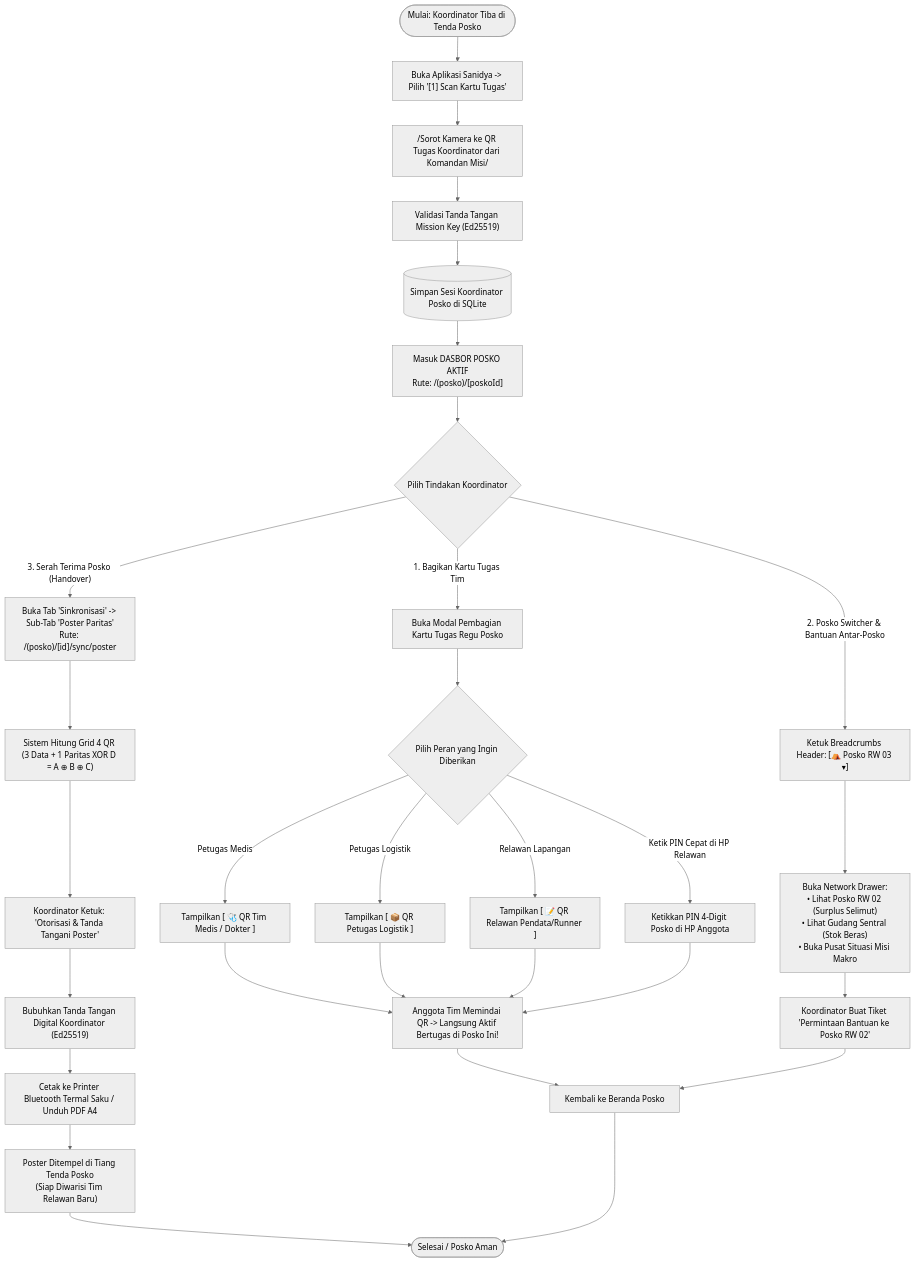
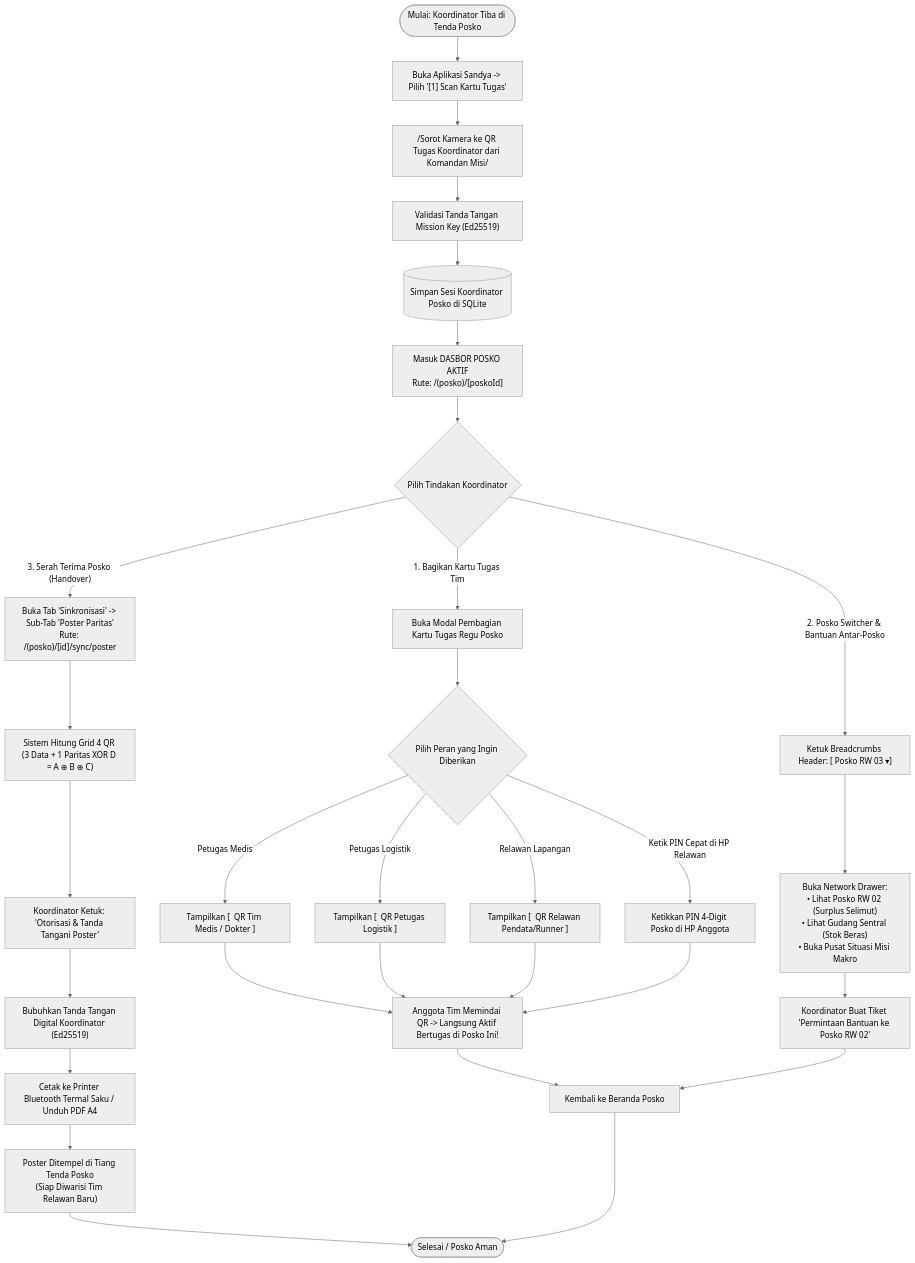
One commit to untacorp/sandya changed the second of 2 diagrams in docs/userflow/roles/03-koordinator-posko.md. Above: the diagram before and after it, drawn with Mermaid (neutral theme). The commit also changed other lines of this file and 218 other files, not shown here.

First line of the commit message:
feat: complete Sandya rebranding, local-first sqlite to cloud pipeline, zero-mock cleanup, and production metadata

````diff
--- a/docs/userflow/roles/03-koordinator-posko.md
+++ b/docs/userflow/roles/03-koordinator-posko.md
@@ -50,42 +50,42 @@
 ```mermaid
 flowchart TD
-    Start(["Mulai: Koordinator Tiba di Tenda Posko"]) --> OpenApp["Buka Aplikasi Sanidya -> Pilih '[1] Scan Kartu Tugas'"]
-    
-    OpenApp --> ScanPosLeadPass["/Sorot Kamera ke QR Tugas Koordinator dari Komandan Misi/"]
-    ScanPosLeadPass --> VerifyLeadSig["Validasi Tanda Tangan Mission Key (Ed25519)"]
-    
-    VerifyLeadSig --> SaveLeadSession[("Simpan Sesi Koordinator Posko di SQLite")]
-    SaveLeadSession --> OpenPoskoDashboard["Masuk DASBOR POSKO AKTIF<br/>Rute: /(posko)/[poskoId]"]
-    
-    %% KONSOL POSKO LAPANGAN
-    OpenPoskoDashboard --> PoskoLeadActions{"Pilih Tindakan Koordinator"}
-    
-    %% TINDAKAN A: BAGIKAN KARTU TUGAS KE TIM LAPANGAN
-    PoskoLeadActions -->|"1. Bagikan Kartu Tugas Tim"| OpenTeamModal["Buka Modal Pembagian Kartu Tugas Regu Posko"]
-    OpenTeamModal --> SelectRoleToShare{"Pilih Peran yang Ingin Diberikan"}
-    
-    SelectRoleToShare -->|Petugas Medis| ShowDoctorQR["Tampilkan [ 🩺 QR Tim Medis / Dokter ]"]
-    SelectRoleToShare -->|Petugas Logistik| ShowLogisticsQR["Tampilkan [ 📦 QR Petugas Logistik ]"]
-    SelectRoleToShare -->|Relawan Lapangan| ShowVolunteerQR["Tampilkan [ 📝 QR Relawan Pendata/Runner ]"]
-    SelectRoleToShare -->|Ketik PIN Cepat di HP Relawan| QuickPINAuth["Ketikkan PIN 4-Digit Posko di HP Anggota"]
-    
-    ShowDoctorQR & ShowLogisticsQR & ShowVolunteerQR & QuickPINAuth --> TeamScanned["Anggota Tim Memindai QR -> Langsung Aktif Bertugas di Posko Ini!"]
-    
-    %% TINDAKAN B: JELAJAH POSKO LAIN & PUSAT SITUASI MISI
-    PoskoLeadActions -->|"2. Posko Switcher & Bantuan Antar-Posko"| OpenContextSwitcher["Ketuk Breadcrumbs Header: [⛺ Posko RW 03 ▾]"]
-    OpenContextSwitcher --> ViewOtherPoskos["Buka Network Drawer:<br/>• Lihat Posko RW 02 (Surplus Selimut)<br/>• Lihat Gudang Sentral (Stok Beras)<br/>• Buka Pusat Situasi Misi Makro"]
-    ViewOtherPoskos --> RequestAidInterPosko["Koordinator Buat Tiket 'Permintaan Bantuan ke Posko RW 02'"]
-    
-    %% TINDAKAN C: SERAH TERIMA POSKO & CETAK POSTER PARITAS
-    PoskoLeadActions -->|"3. Serah Terima Posko (Handover)"| OpenSyncPoster["Buka Tab 'Sinkronisasi' -> Sub-Tab 'Poster Paritas'<br/>Rute: /(posko)/[id]/sync/poster"]
-    OpenSyncPoster --> GenerateParityGrid["Sistem Hitung Grid 4 QR (3 Data + 1 Paritas XOR D = A ⊕ B ⊕ C)"]
-    GenerateParityGrid --> SignCoordinatorAction["Koordinator Ketuk: 'Otorisasi & Tanda Tangani Poster'"]
-    SignCoordinatorAction --> SignWithLeadKey["Bubuhkan Tanda Tangan Digital Koordinator (Ed25519)"]
-    SignWithLeadKey --> PrintAction["Cetak ke Printer Bluetooth Termal Saku / Unduh PDF A4"]
-    PrintAction --> StickPosterOnTent["Poster Ditempel di Tiang Tenda Posko<br/>(Siap Diwarisi Tim Relawan Baru)"]
-    
-    TeamScanned --> ReturnToPosko["Kembali ke Beranda Posko"]
-    RequestAidInterPosko --> ReturnToPosko
-    StickPosterOnTent --> EndState(["Selesai / Posko Aman"])
-    ReturnToPosko --> EndState
+  Start(["Mulai: Koordinator Tiba di Tenda Posko"]) --> OpenApp["Buka Aplikasi Sandya -> Pilih '[1] Scan Kartu Tugas'"]
+  
+  OpenApp --> ScanPosLeadPass["/Sorot Kamera ke QR Tugas Koordinator dari Komandan Misi/"]
+  ScanPosLeadPass --> VerifyLeadSig["Validasi Tanda Tangan Mission Key (Ed25519)"]
+  
+  VerifyLeadSig --> SaveLeadSession[("Simpan Sesi Koordinator Posko di SQLite")]
+  SaveLeadSession --> OpenPoskoDashboard["Masuk DASBOR POSKO AKTIF<br/>Rute: /(posko)/[poskoId]"]
+  
+  %% KONSOL POSKO LAPANGAN
+  OpenPoskoDashboard --> PoskoLeadActions{"Pilih Tindakan Koordinator"}
+  
+  %% TINDAKAN A: BAGIKAN KARTU TUGAS KE TIM LAPANGAN
+  PoskoLeadActions -->|"1. Bagikan Kartu Tugas Tim"| OpenTeamModal["Buka Modal Pembagian Kartu Tugas Regu Posko"]
+  OpenTeamModal --> SelectRoleToShare{"Pilih Peran yang Ingin Diberikan"}
+  
+  SelectRoleToShare -->|Petugas Medis| ShowDoctorQR["Tampilkan [  QR Tim Medis / Dokter ]"]
+  SelectRoleToShare -->|Petugas Logistik| ShowLogisticsQR["Tampilkan [  QR Petugas Logistik ]"]
+  SelectRoleToShare -->|Relawan Lapangan| ShowVolunteerQR["Tampilkan [  QR Relawan Pendata/Runner ]"]
+  SelectRoleToShare -->|Ketik PIN Cepat di HP Relawan| QuickPINAuth["Ketikkan PIN 4-Digit Posko di HP Anggota"]
+  
+  ShowDoctorQR & ShowLogisticsQR & ShowVolunteerQR & QuickPINAuth --> TeamScanned["Anggota Tim Memindai QR -> Langsung Aktif Bertugas di Posko Ini!"]
+  
+  %% TINDAKAN B: JELAJAH POSKO LAIN & PUSAT SITUASI MISI
+  PoskoLeadActions -->|"2. Posko Switcher & Bantuan Antar-Posko"| OpenContextSwitcher["Ketuk Breadcrumbs Header: [ Posko RW 03 ▾]"]
+  OpenContextSwitcher --> ViewOtherPoskos["Buka Network Drawer:<br/>• Lihat Posko RW 02 (Surplus Selimut)<br/>• Lihat Gudang Sentral (Stok Beras)<br/>• Buka Pusat Situasi Misi Makro"]
+  ViewOtherPoskos --> RequestAidInterPosko["Koordinator Buat Tiket 'Permintaan Bantuan ke Posko RW 02'"]
+  
+  %% TINDAKAN C: SERAH TERIMA POSKO & CETAK POSTER PARITAS
+  PoskoLeadActions -->|"3. Serah Terima Posko (Handover)"| OpenSyncPoster["Buka Tab 'Sinkronisasi' -> Sub-Tab 'Poster Paritas'<br/>Rute: /(posko)/[id]/sync/poster"]
+  OpenSyncPoster --> GenerateParityGrid["Sistem Hitung Grid 4 QR (3 Data + 1 Paritas XOR D = A ⊕ B ⊕ C)"]
+  GenerateParityGrid --> SignCoordinatorAction["Koordinator Ketuk: 'Otorisasi & Tanda Tangani Poster'"]
+  SignCoordinatorAction --> SignWithLeadKey["Bubuhkan Tanda Tangan Digital Koordinator (Ed25519)"]
+  SignWithLeadKey --> PrintAction["Cetak ke Printer Bluetooth Termal Saku / Unduh PDF A4"]
+  PrintAction --> StickPosterOnTent["Poster Ditempel di Tiang Tenda Posko<br/>(Siap Diwarisi Tim Relawan Baru)"]
+  
+  TeamScanned --> ReturnToPosko["Kembali ke Beranda Posko"]
+  RequestAidInterPosko --> ReturnToPosko
+  StickPosterOnTent --> EndState(["Selesai / Posko Aman"])
+  ReturnToPosko --> EndState
 ```
````
